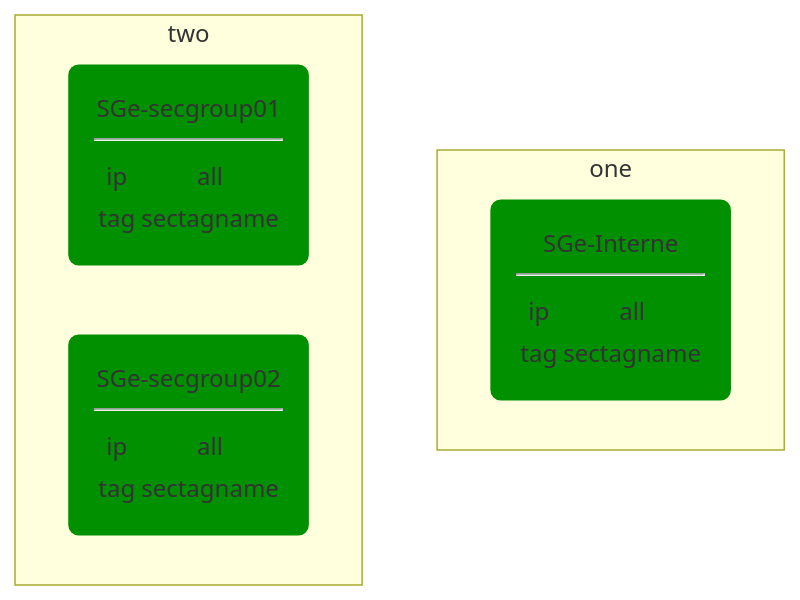
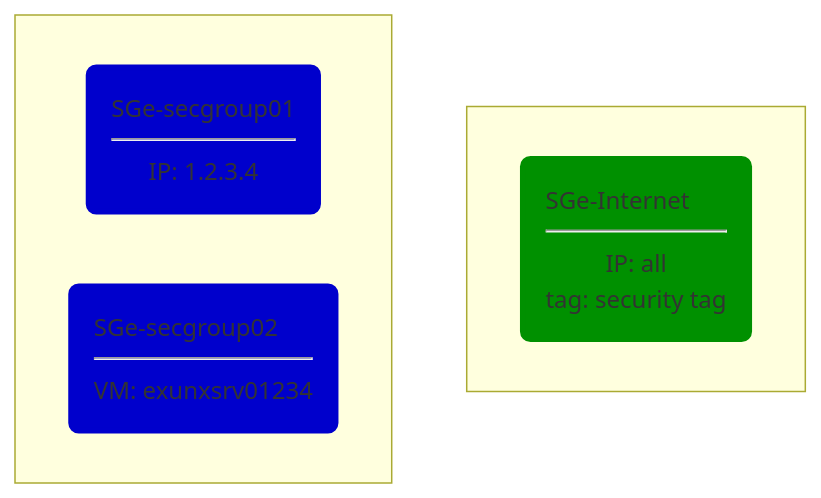
Before and after one commit to tbomberg/drawing: the second of 4 diagrams in mermaid.md, drawn with Mermaid.

````diff
--- a/mermaid.md
+++ b/mermaid.md
@@ -16,15 +16,15 @@
 ```mermaid
 graph TB;
-  classDef sgi fill:#0000cc,stroke:#0000cc,stroke-width:4px;
-  classDef sge fill:#009000,stroke:#009000,stroke-width:4px;
+  classDef sgi fill:#0000cc,stroke:#0000cc,stroke-width:4px,text-align:left
+  classDef sge fill:#009000,stroke:#009000,stroke-width:4px,text-align:left
 
-  subgraph one
-    SGe-Internet(SGe-Interne<hr><table><tr><td>ip</td><td>all</td></tr><tr><td>tag</td><td>sectagname</td></tr></table>):::sge
+  subgraph " "
+    SGe-Internet(SGe-Internet<hr>IP: all<br>tag: security tag):::sge
   end
 
-  subgraph two
-    SGe-secgroup01(SGe-secgroup01<hr><table><tr><td>ip</td><td>all</td></tr><tr><td>tag</td><td>sectagname</td></tr></table>):::sge
-    SGe-secgroup02(SGe-secgroup02<hr><table><tr><td>ip</td><td>all</td></tr><tr><td>tag</td><td>sectagname</td></tr></table>):::sge
+  subgraph " " 
+    SGi-secgroup01(SGe-secgroup01<hr>IP: 1.2.3.4):::sgi
+    SGi-secgroup02(SGe-secgroup02<hr>VM: exunxsrv01234):::sgi
   end
 
 ```
````
